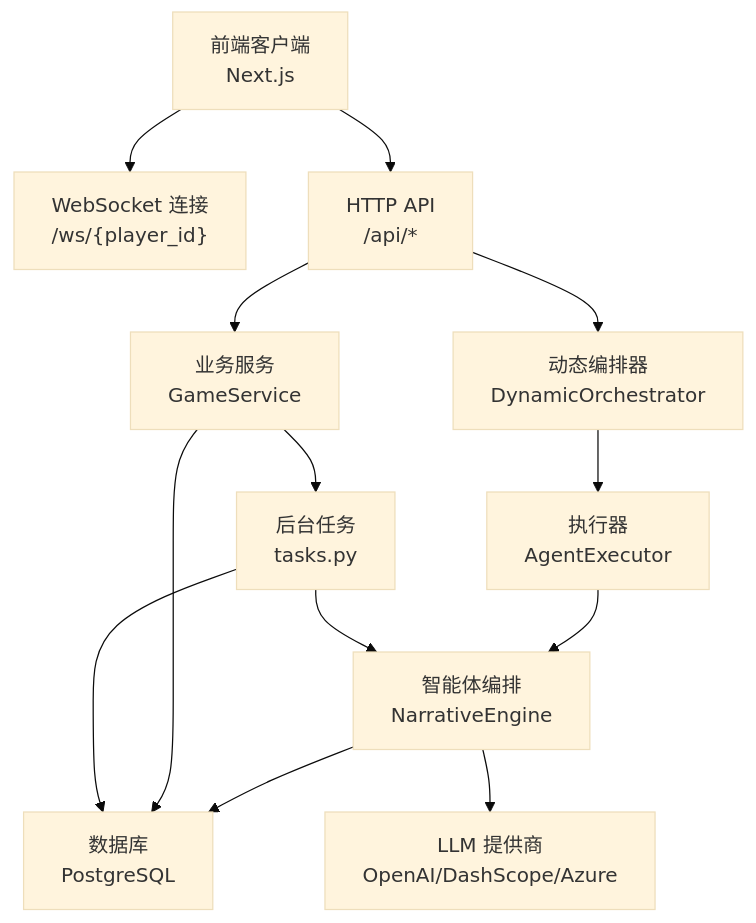
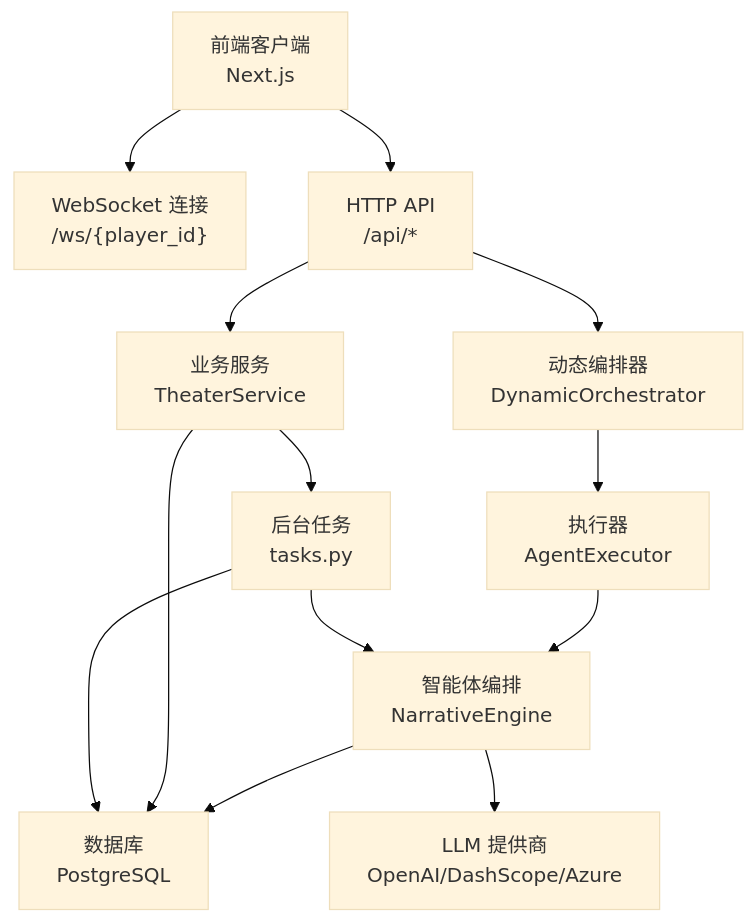
One commit to KunLabAI/KunFlix changed the first of 9 diagrams in .qoder/repowiki/zh/content/多智能体叙事引擎/智能体协作机制.md. Above: the diagram before and after it, drawn with Mermaid (base theme). The commit also changed other lines of this file and 112 other files, not shown here.

````diff
--- a/.qoder/repowiki/zh/content/多智能体叙事引擎/智能体协作机制.md
+++ b/.qoder/repowiki/zh/content/多智能体叙事引擎/智能体协作机制.md
@@ -54,15 +54,15 @@
 ```mermaid
 graph TB
 FE["前端客户端<br/>Next.js"] --> WS["WebSocket 连接<br/>/ws/{player_id}"]
 FE --> API["HTTP API<br/>/api/*"]
-API --> SVC["业务服务<br/>GameService"]
+API --> SVC["业务服务<br/>TheaterService"]
 API --> ORCH["动态编排器<br/>DynamicOrchestrator"]
 ORCH --> EXEC["执行器<br/>AgentExecutor"]
 EXEC --> AG["智能体编排<br/>NarrativeEngine"]
 AG --> DB["数据库<br/>PostgreSQL"]
 AG --> LLM["LLM 提供商<br/>OpenAI/DashScope/Azure"]
 SVC --> DB
 SVC --> RTASK["后台任务<br/>tasks.py"]
 RTASK --> AG
 RTASK --> DB
 ```
````
